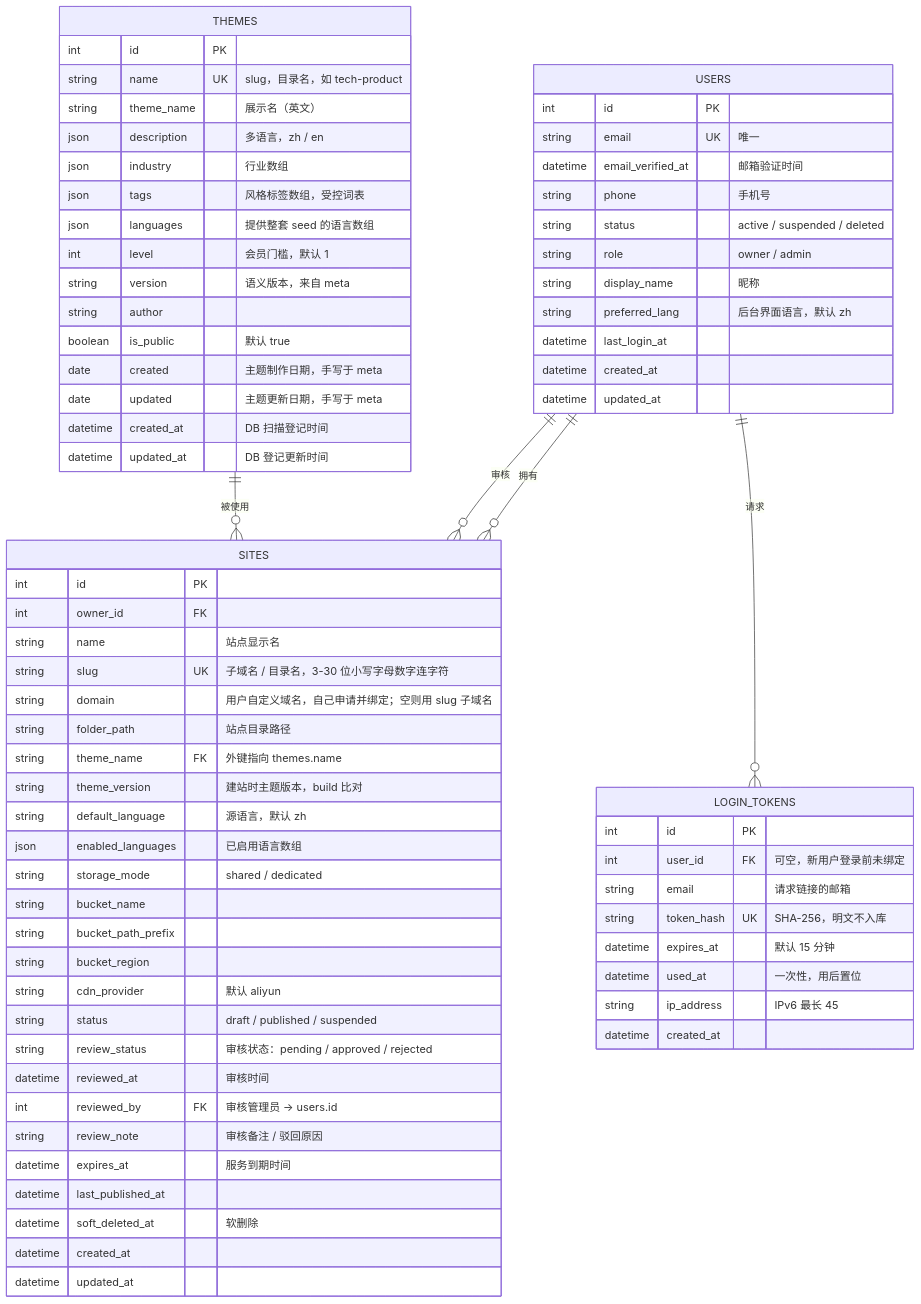
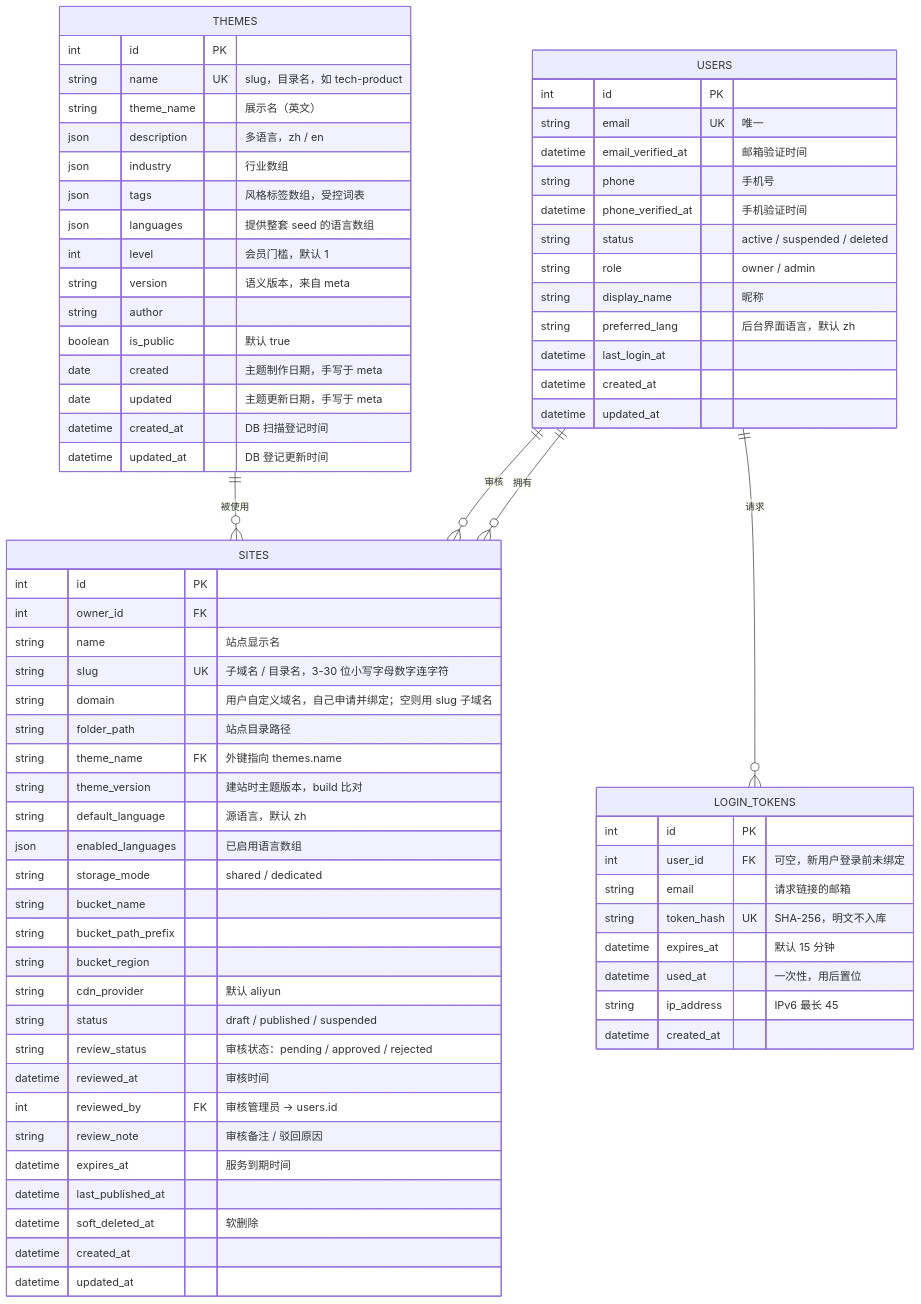
The diagram in docs/database.md (jjq-git/mycompany.website), drawn with Mermaid before and after one commit. The commit also changed 1 other file, not shown here.

Commit message:
docs: USERS 加 phone_verified_at（手机验证时间）
与 email_verified_at 对称，为手机验证 / 实名留字段。TODO-code.md 同步。

````diff
--- a/docs/database.md
+++ b/docs/database.md
@@ -8,78 +8,79 @@
 ```mermaid
 erDiagram
     USERS ||--o{ SITES : "拥有"
     USERS ||--o{ SITES : "审核"
     USERS ||--o{ LOGIN_TOKENS : "请求"
     THEMES ||--o{ SITES : "被使用"
 
     USERS {
         int id PK
         string email UK "唯一"
         datetime email_verified_at "邮箱验证时间"
         string phone "手机号"
+        datetime phone_verified_at "手机验证时间"
         string status "active / suspended / deleted"
         string role "owner / admin"
         string display_name "昵称"
         string preferred_lang "后台界面语言，默认 zh"
         datetime last_login_at
         datetime created_at
         datetime updated_at
     }
 
     LOGIN_TOKENS {
         int id PK
         int user_id FK "可空，新用户登录前未绑定"
         string email "请求链接的邮箱"
         string token_hash UK "SHA-256，明文不入库"
         datetime expires_at "默认 15 分钟"
         datetime used_at "一次性，用后置位"
         string ip_address "IPv6 最长 45"
         datetime created_at
     }
 
     SITES {
         int id PK
         int owner_id FK
         string name "站点显示名"
         string slug UK "子域名 / 目录名，3-30 位小写字母数字连字符"
         string domain "用户自定义域名，自己申请并绑定；空则用 slug 子域名"
         string folder_path "站点目录路径"
         string theme_name FK "外键指向 themes.name"
         string theme_version "建站时主题版本，build 比对"
         string default_language "源语言，默认 zh"
         json enabled_languages "已启用语言数组"
         string storage_mode "shared / dedicated"
         string bucket_name
         string bucket_path_prefix
         string bucket_region
         string cdn_provider "默认 aliyun"
         string status "draft / published / suspended"
         string review_status "审核状态：pending / approved / rejected"
         datetime reviewed_at "审核时间"
         int reviewed_by FK "审核管理员 → users.id"
         string review_note "审核备注 / 驳回原因"
         datetime expires_at "服务到期时间"
         datetime last_published_at
         datetime soft_deleted_at "软删除"
         datetime created_at
         datetime updated_at
     }
 
     THEMES {
         int id PK
         string name UK "slug，目录名，如 tech-product"
         string theme_name "展示名（英文）"
         json description "多语言，zh / en"
         json industry "行业数组"
         json tags "风格标签数组，受控词表"
         json languages "提供整套 seed 的语言数组"
         int level "会员门槛，默认 1"
         string version "语义版本，来自 meta"
         string author
         boolean is_public "默认 true"
         date created "主题制作日期，手写于 meta"
         date updated "主题更新日期，手写于 meta"
         datetime created_at "DB 扫描登记时间"
         datetime updated_at "DB 登记更新时间"
     }
 ```
````
